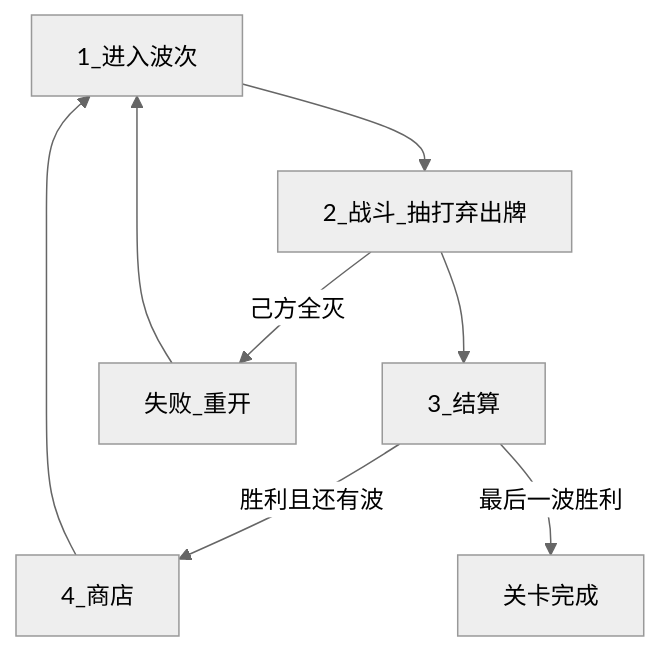
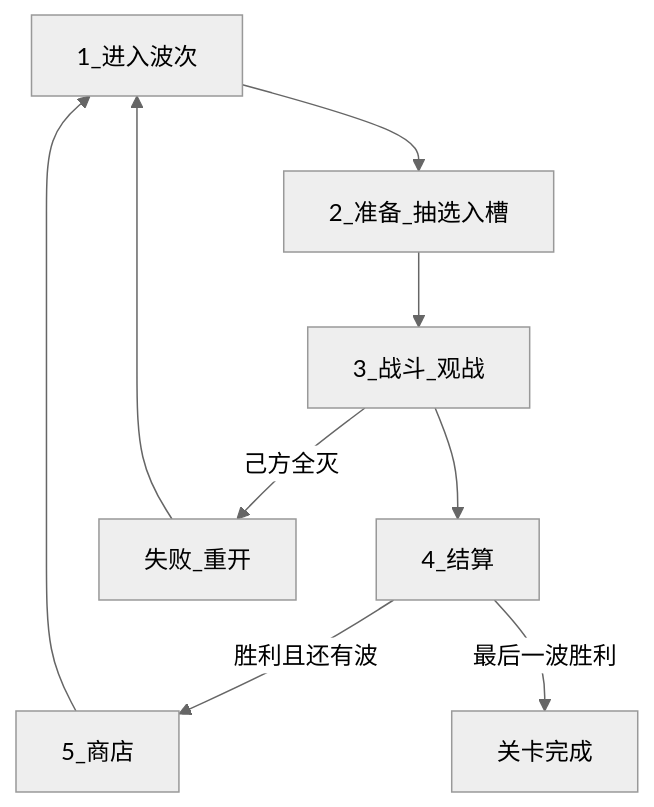
Before and after one commit to Kanerickyz/Godot-Project---Clash-royale-like-Game: the second of 2 diagrams in Documents/GAME_VISION.md, drawn with Mermaid (neutral theme). The commit also changed other lines of this file and 15 other files, not shown here.

````diff
--- a/Documents/GAME_VISION.md
+++ b/Documents/GAME_VISION.md
@@ -120,10 +115,11 @@
 ```mermaid
 flowchart TD
-    enterWave[1_进入波次] --> combat[2_战斗_抽打弃出牌]
-    combat --> resolve[3_结算]
-    resolve -->|胜利且还有波| shop[4_商店]
+    enterWave[1_进入波次] --> prepare[2_准备_抽选入槽]
+    prepare --> combat[3_战斗_观战]
+    combat --> resolve[4_结算]
+    resolve -->|胜利且还有波| shop[5_商店]
     shop --> enterWave
     resolve -->|最后一波胜利| levelWin[关卡完成]
     combat -->|己方全灭| defeat[失败_重开]
     defeat --> enterWave
 ```
````
